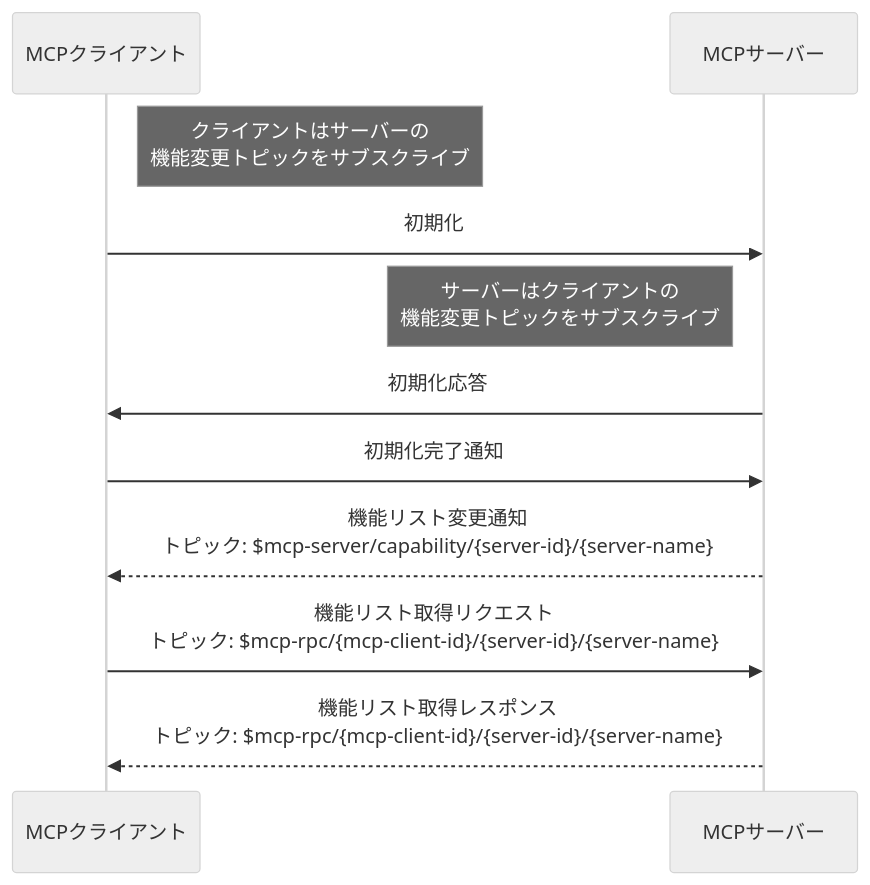
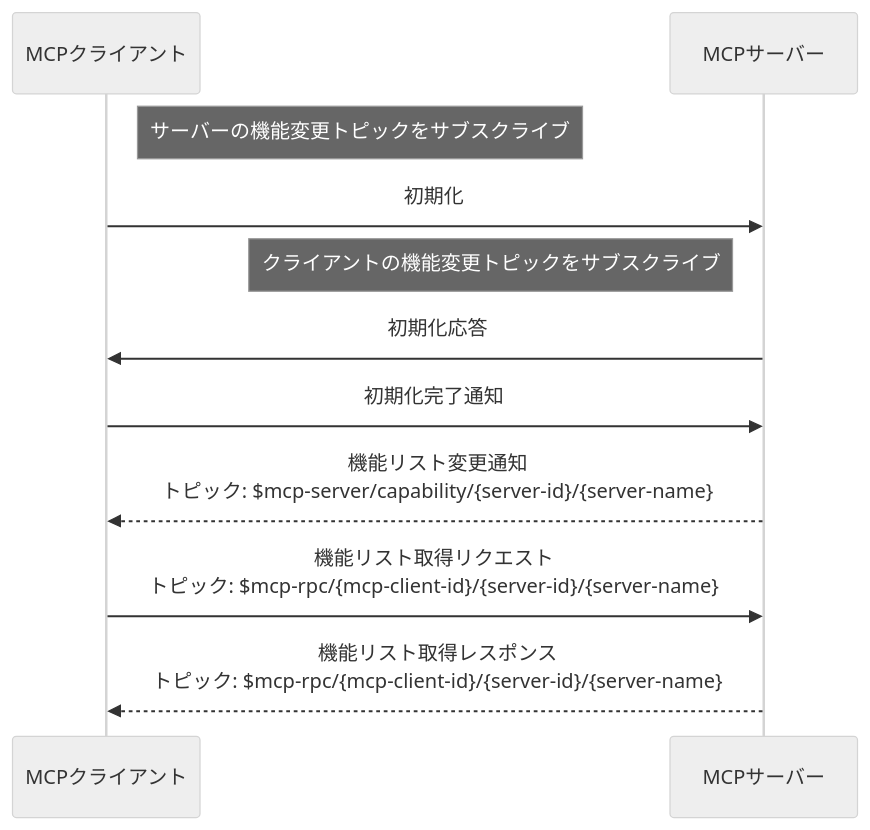
Before and after one commit to emqx/emqx-docs: the third of 4 diagrams in ja_JP/emqx-ai/mcp-over-mqtt/specification.md, drawn with Mermaid (neutral theme). The commit also changed other lines of this file and 84 other files, not shown here.

````diff
--- a/ja_JP/emqx-ai/mcp-over-mqtt/specification.md
+++ b/ja_JP/emqx-ai/mcp-over-mqtt/specification.md
@@ -334,18 +331,18 @@
 ```mermaid
 sequenceDiagram
     participant MCP_Client as MCPクライアント
     participant MCP_Server as MCPサーバー
 
-    Note right of MCP_Client: クライアントはサーバーの<br/>機能変更トピックをサブスクライブ
+    Note right of MCP_Client: サーバーの機能変更トピックをサブスクライブ
     MCP_Client ->> MCP_Server: 初期化
 
-    Note left of MCP_Server: サーバーはクライアントの<br/>機能変更トピックをサブスクライブ
+    Note left of MCP_Server: クライアントの機能変更トピックをサブスクライブ
     MCP_Server ->> MCP_Client: 初期化応答
     MCP_Client ->> MCP_Server: 初期化完了通知
 
     MCP_Server -->> MCP_Client: 機能リスト変更通知<br/>トピック: $mcp-server/capability/{server-id}/{server-name}
 
     MCP_Client ->> MCP_Server: 機能リスト取得リクエスト<br/>トピック: $mcp-rpc/{mcp-client-id}/{server-id}/{server-name}
 
     MCP_Server -->> MCP_Client: 機能リスト取得レスポンス<br/>トピック: $mcp-rpc/{mcp-client-id}/{server-id}/{server-name}
 ```
````
